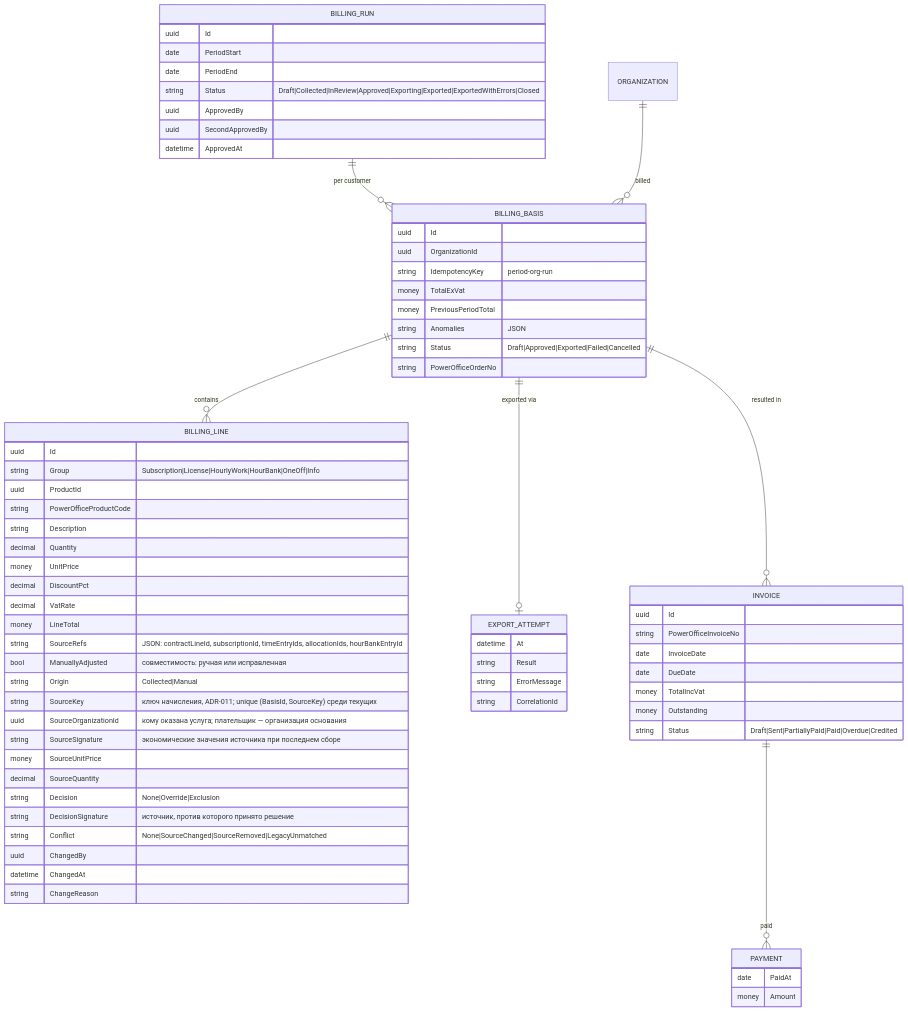
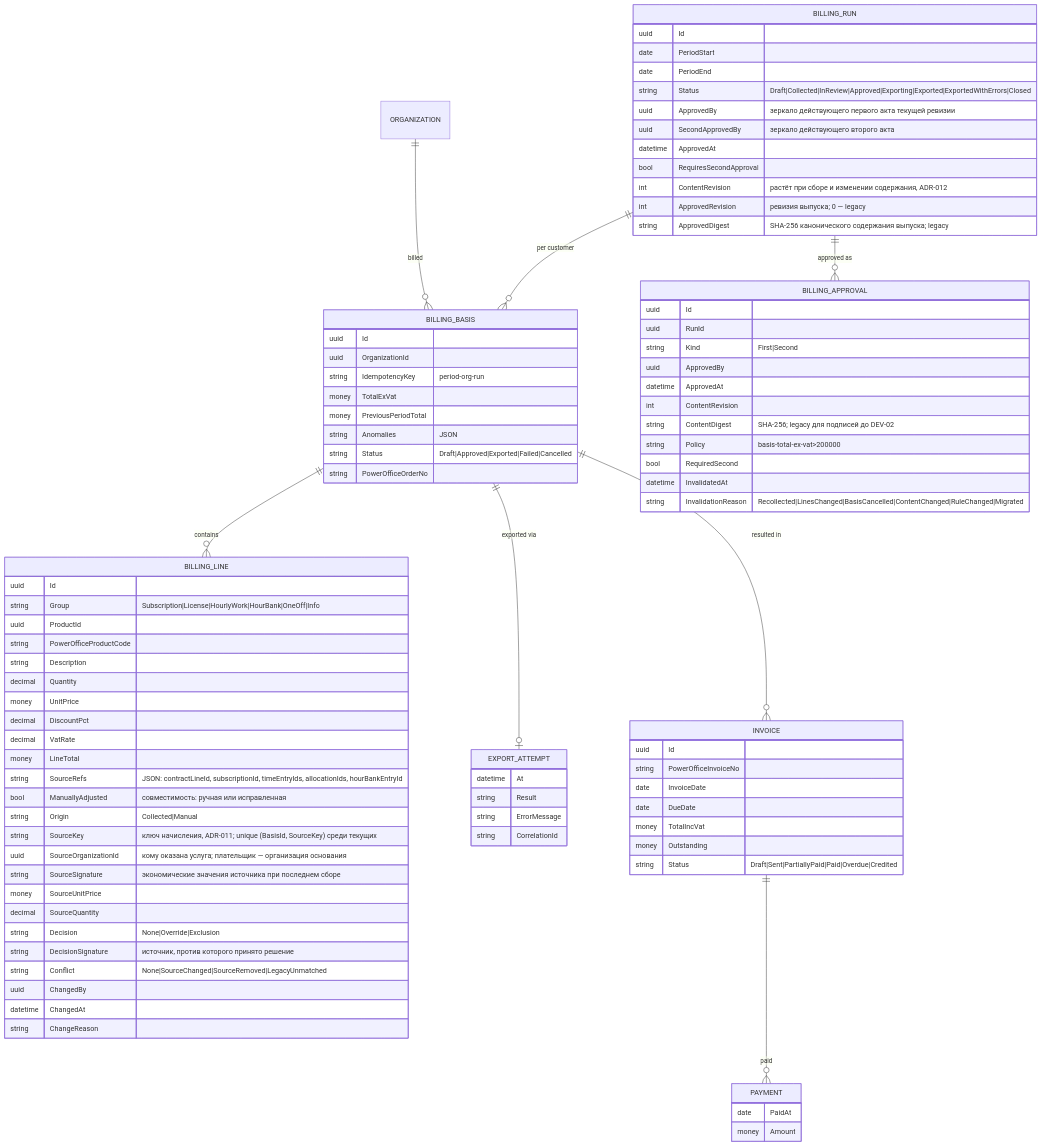
One commit to Oleksandr-Kliuiev/parasol changed the fourth of 5 diagrams in docs/04-data-model.md. Above: the diagram before and after it, drawn with Mermaid. The commit also changed 52 other files, not shown here.

````diff
--- a/docs/04-data-model.md
+++ b/docs/04-data-model.md
@@ -362,6 +362,7 @@
 ```mermaid
 erDiagram
   BILLING_RUN ||--o{ BILLING_BASIS : "per customer"
+  BILLING_RUN ||--o{ BILLING_APPROVAL : "approved as"
   BILLING_BASIS ||--o{ BILLING_LINE : contains
   BILLING_BASIS ||--o| EXPORT_ATTEMPT : "exported via"
   BILLING_BASIS ||--o{ INVOICE : "resulted in"
@@ -373,9 +374,26 @@
     date PeriodStart
     date PeriodEnd
     string Status "Draft|Collected|InReview|Approved|Exporting|Exported|ExportedWithErrors|Closed"
+    uuid ApprovedBy "зеркало действующего первого акта текущей ревизии"
+    uuid SecondApprovedBy "зеркало действующего второго акта"
+    datetime ApprovedAt
+    bool RequiresSecondApproval
+    int ContentRevision "растёт при сборе и изменении содержания, ADR-012"
+    int ApprovedRevision "ревизия выпуска; 0 — legacy"
+    string ApprovedDigest "SHA-256 канонического содержания выпуска; legacy"
+  }
+  BILLING_APPROVAL {
+    uuid Id
+    uuid RunId
+    string Kind "First|Second"
     uuid ApprovedBy
-    uuid SecondApprovedBy
     datetime ApprovedAt
+    int ContentRevision
+    string ContentDigest "SHA-256; legacy для подписей до DEV-02"
+    string Policy "basis-total-ex-vat>200000"
+    bool RequiredSecond
+    datetime InvalidatedAt
+    string InvalidationReason "Recollected|LinesChanged|BasisCancelled|ContentChanged|RuleChanged|Migrated"
   }
   BILLING_BASIS {
     uuid Id
````
